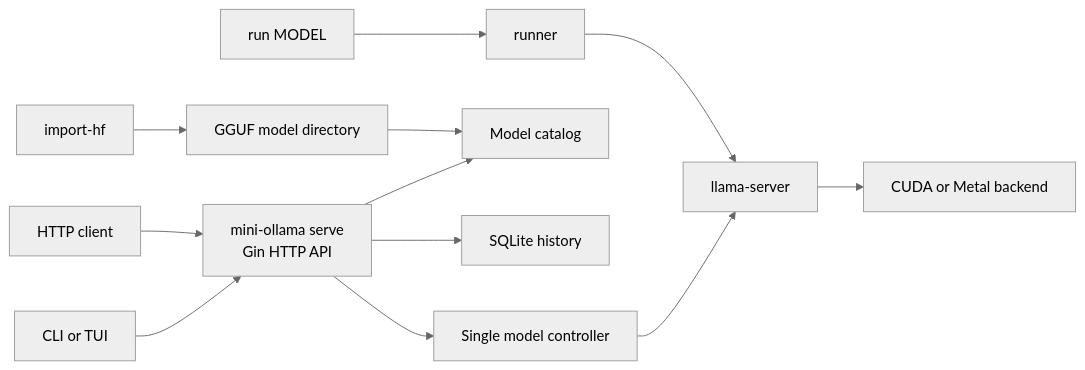
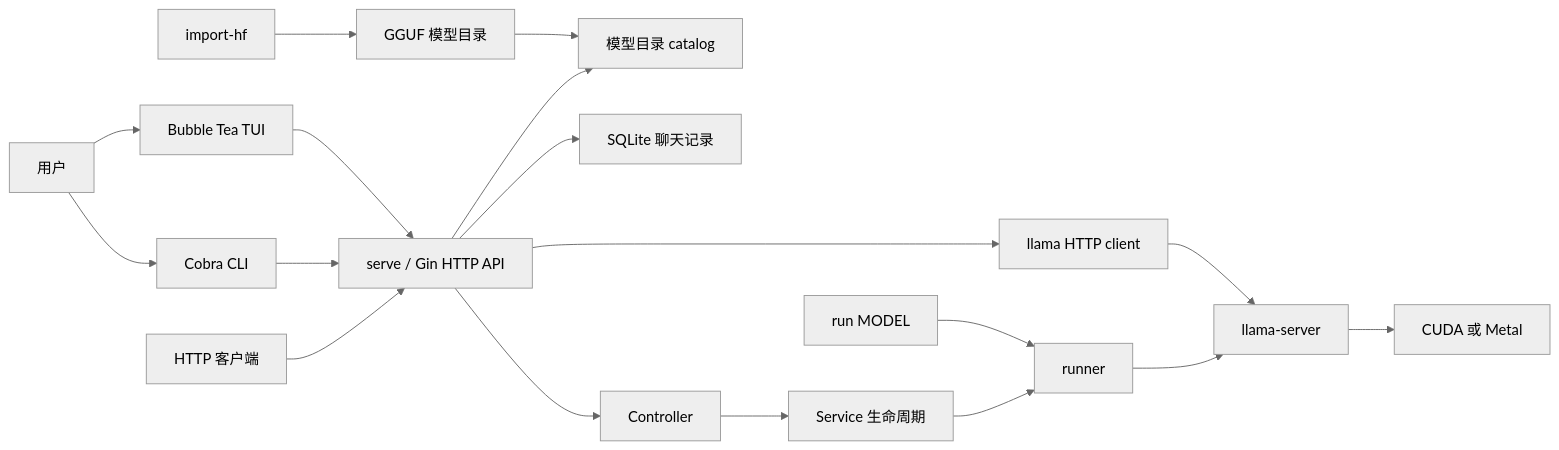
The first of 2 diagrams in README.md (LulietLyan/mini-ollama), drawn with Mermaid (neutral theme) before and after one commit. The commit also changed other lines of this file, not shown here.

````diff
--- a/README.md
+++ b/README.md
@@ -21,14 +80,22 @@
 ```mermaid
 flowchart LR
-    User[CLI or TUI] --> API[mini-ollama serve<br/>Gin HTTP API]
-    Client[HTTP client] --> API
-    Run[run MODEL] --> Runner[runner]
-    API --> Catalog[Model catalog]
-    API --> History[SQLite history]
-    API --> Controller[Single model controller]
-    Controller --> Server[llama-server]
-    Runner --> Server
-    Server --> Backend[CUDA or Metal backend]
-    Import[import-hf] --> Models[GGUF model directory]
+    User[用户] --> CLI[Cobra CLI]
+    User --> TUI[Bubble Tea TUI]
+    HTTPClient[HTTP 客户端] --> API
+    CLI --> API[serve / Gin HTTP API]
+    TUI --> API
+
+    API --> Catalog[模型目录 catalog]
+    API --> History[SQLite 聊天记录]
+    API --> Controller[Controller]
+    Controller --> Service[Service 生命周期]
+    Service --> Runner[runner]
+    Runner --> Llama[llama-server]
+    API --> LlamaClient[llama HTTP client]
+    LlamaClient --> Llama
+    Llama --> Compute[CUDA 或 Metal]
+
+    DirectRun[run MODEL] --> Runner
+    Import[import-hf] --> Models[GGUF 模型目录]
     Models --> Catalog
 ```
````
